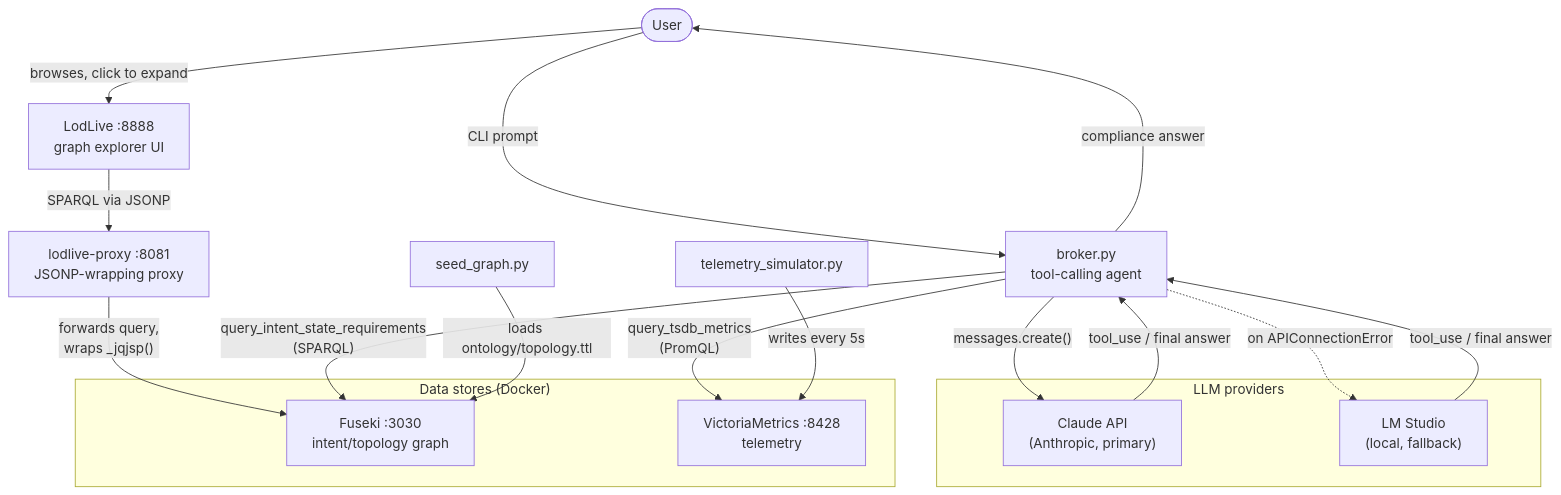
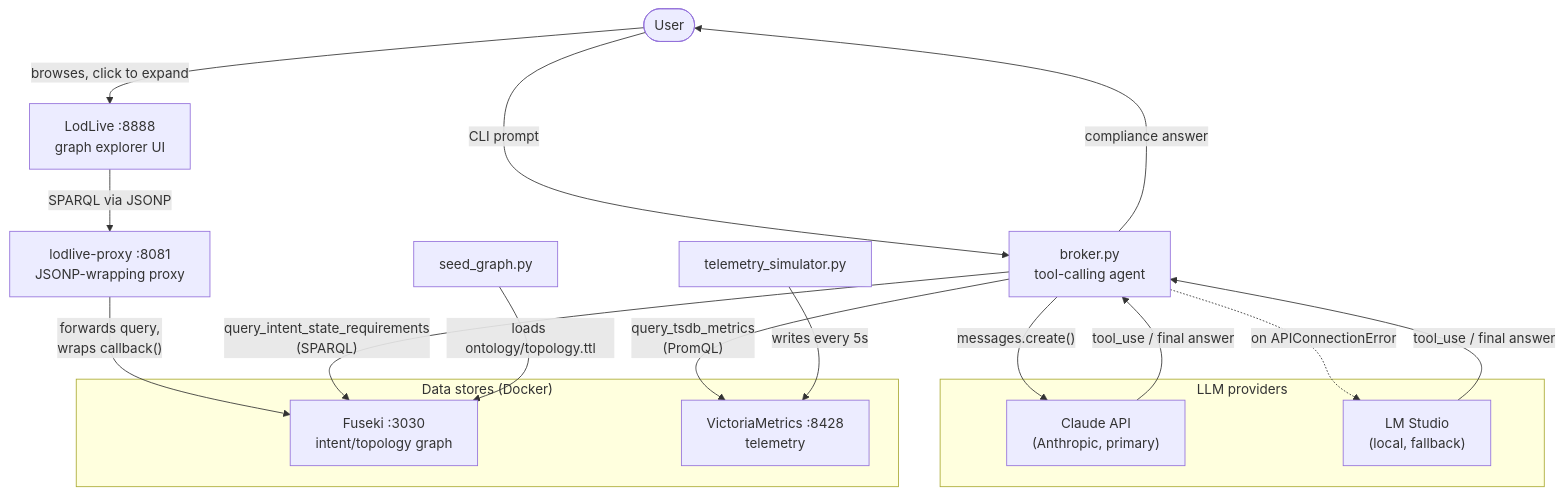
The diagram in README.md (bradspau/contextbroker), drawn with Mermaid before and after one commit. The commit also changed other lines of this file and 1 other file, not shown here.

````diff
--- a/README.md
+++ b/README.md
@@ -10,30 +10,30 @@
 ```mermaid
 flowchart TB
     User(["User"]) -->|"CLI prompt"| Broker["broker.py<br/>tool-calling agent"]
     Broker -->|"compliance answer"| User
     User -->|"browses, click to expand"| LodLive["LodLive :8888<br/>graph explorer UI"]
 
     LodLive -->|"SPARQL via JSONP"| Proxy["lodlive-proxy :8081<br/>JSONP-wrapping proxy"]
-    Proxy -->|"forwards query,<br/>wraps _jqjsp()"| Fuseki
+    Proxy -->|"forwards query,<br/>wraps callback()"| Fuseki
 
     subgraph LLM["LLM providers"]
         Claude["Claude API<br/>(Anthropic, primary)"]
         LMStudio["LM Studio<br/>(local, fallback)"]
     end
 
     Broker -->|"messages.create()"| Claude
     Broker -.->|"on APIConnectionError"| LMStudio
     Claude -->|"tool_use / final answer"| Broker
     LMStudio -->|"tool_use / final answer"| Broker
 
     subgraph Data["Data stores (Docker)"]
         Fuseki["Fuseki :3030<br/>intent/topology graph"]
         VM["VictoriaMetrics :8428<br/>telemetry"]
     end
 
     Broker -->|"query_intent_state_requirements<br/>(SPARQL)"| Fuseki
     Broker -->|"query_tsdb_metrics<br/>(PromQL)"| VM
 
     SeedGraph["seed_graph.py"] -->|"loads ontology/topology.ttl"| Fuseki
     TelemetrySim["telemetry_simulator.py"] -->|"writes every 5s"| VM
 ```
````
